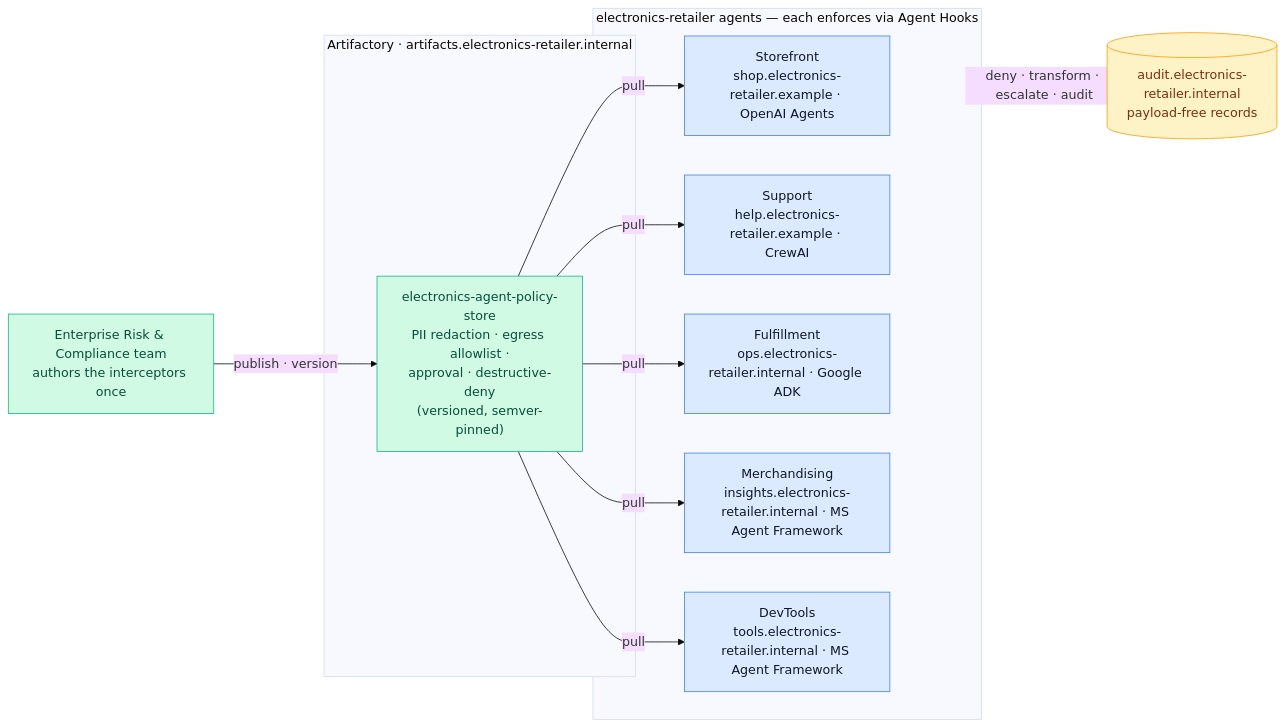
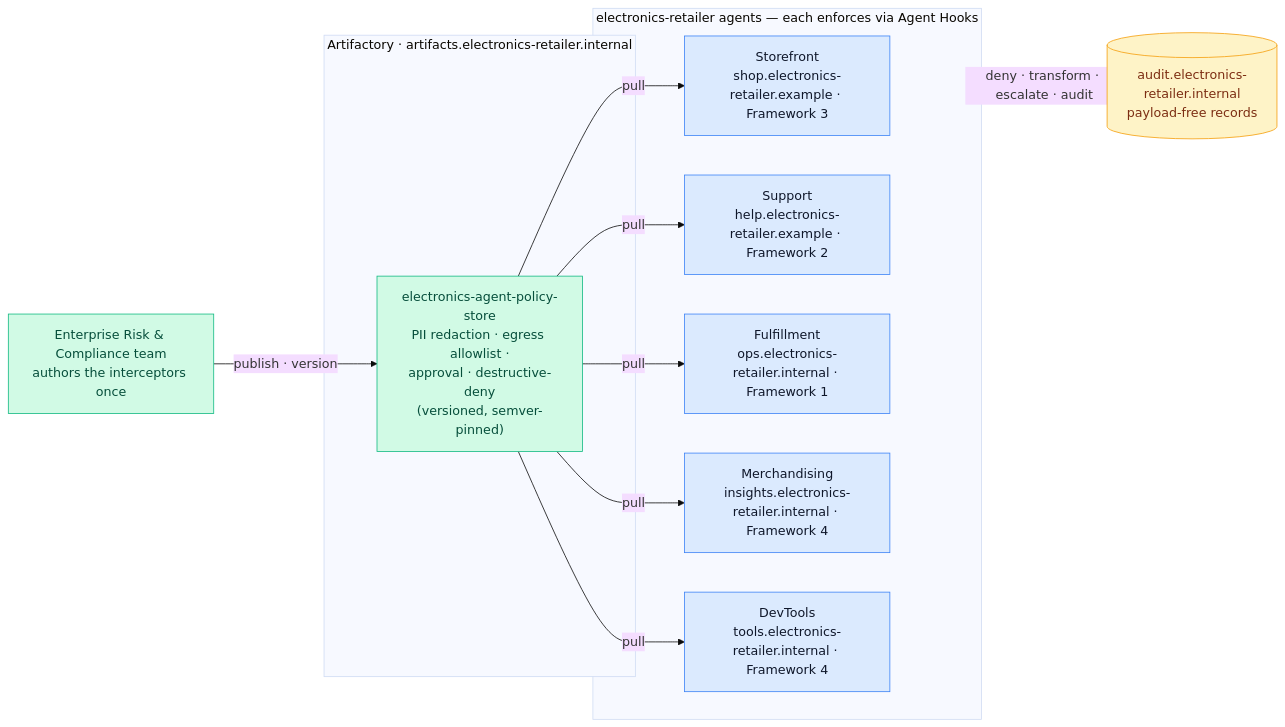
One commit to prayagupa/agent-hooks changed the third of 3 diagrams in docs/agent-hooks-in-5-minutes.md. Above: the diagram before and after it, drawn with Mermaid (base theme). The commit also changed other lines of this file, not shown here.

Commit message:
docs: update framework placeholders

````diff
--- a/docs/agent-hooks-in-5-minutes.md
+++ b/docs/agent-hooks-in-5-minutes.md
@@ -258,33 +260,33 @@
 ```mermaid
 flowchart LR
     ERC["Enterprise Risk & Compliance team<br/>authors the interceptors once"]
 
     subgraph Registry["Artifactory · artifacts.electronics-retailer.internal"]
       Policy["electronics-agent-policy-store<br/>PII redaction · egress allowlist ·<br/>approval · destructive-deny<br/>(versioned, semver-pinned)"]
     end
 
     subgraph Agents["electronics-retailer agents — each enforces via Agent Hooks"]
-      Shop["Storefront<br/>shop.electronics-retailer.example · OpenAI Agents"]
-      Help["Support<br/>help.electronics-retailer.example · CrewAI"]
-      Ops["Fulfillment<br/>ops.electronics-retailer.internal · Google ADK"]
-      Insights["Merchandising<br/>insights.electronics-retailer.internal · MS Agent Framework"]
-      Tools["DevTools<br/>tools.electronics-retailer.internal · MS Agent Framework"]
+      Shop["Storefront<br/>shop.electronics-retailer.example · Framework 3"]
+      Help["Support<br/>help.electronics-retailer.example · Framework 2"]
+      Ops["Fulfillment<br/>ops.electronics-retailer.internal · Framework 1"]
+      Insights["Merchandising<br/>insights.electronics-retailer.internal · Framework 4"]
+      Tools["DevTools<br/>tools.electronics-retailer.internal · Framework 4"]
     end
 
     Audit[("audit.electronics-retailer.internal<br/>payload-free records")]
 
     ERC -->|publish · version| Policy
     Policy -->|pull| Shop
     Policy -->|pull| Help
     Policy -->|pull| Ops
     Policy -->|pull| Insights
     Policy -->|pull| Tools
     Agents -.->|deny · transform · escalate · audit| Audit
 
     classDef host fill:#dbeafe,stroke:#3b82f6,color:#0f172a;
     classDef hooks fill:#d1fae5,stroke:#10b981,color:#064e3b;
     classDef audit fill:#fef3c7,stroke:#f59e0b,color:#7c2d12;
     class Shop,Help,Ops,Insights,Tools host;
     class Policy,ERC hooks;
     class Audit audit;
 ```
````
